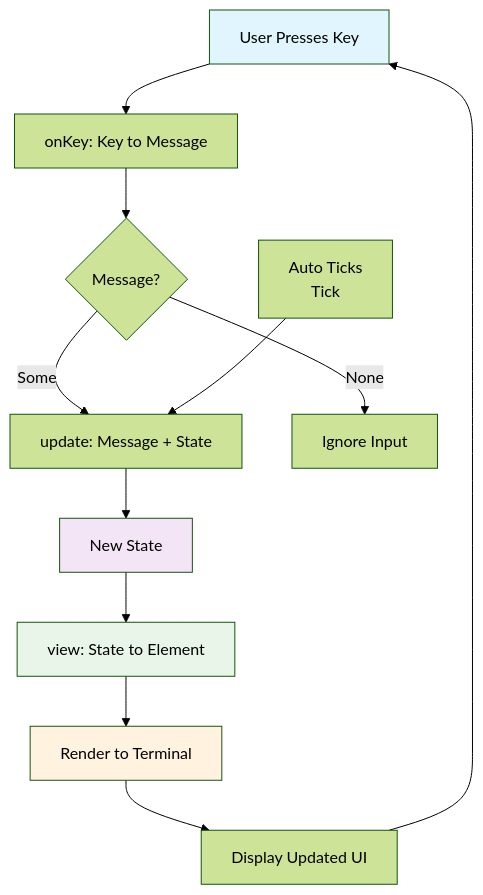
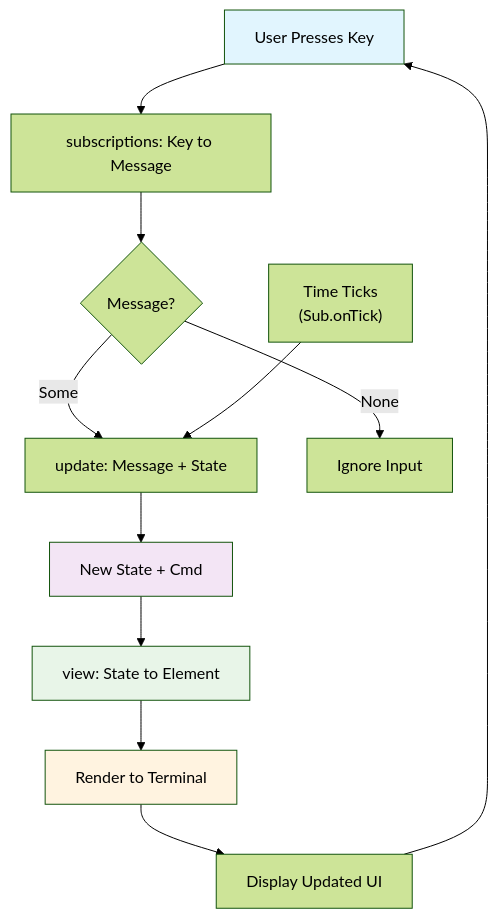
The diagram in README.md (mattlianje/layoutz), drawn with Mermaid (forest theme) before and after one commit. The commit also changed other lines of this file and 5 other files, not shown here.

````diff
--- a/README.md
+++ b/README.md
@@ -738,19 +812,19 @@
 ```mermaid
 graph TD
-    A["User Presses Key"] --> B["onKey: Key to Message"]
+    A["User Presses Key"] --> B["subscriptions: Key to Message"]
     B --> C{Message?}
     C -->|Some| D["update: Message + State"]
     C -->|None| E["Ignore Input"]
-    D --> F["New State"]
+    D --> F["New State + Cmd"]
     F --> G["view: State to Element"]
     G --> H["Render to Terminal"]
     H --> I["Display Updated UI"]
     I --> A
     
-    J["Auto Ticks<br/>Tick"] --> D
+    J["Time Ticks<br/>(Sub.onTick)"] --> D
     
     style A fill:#e1f5fe
     style F fill:#f3e5f5
     style G fill:#e8f5e8
     style H fill:#fff3e0
 ```
````
